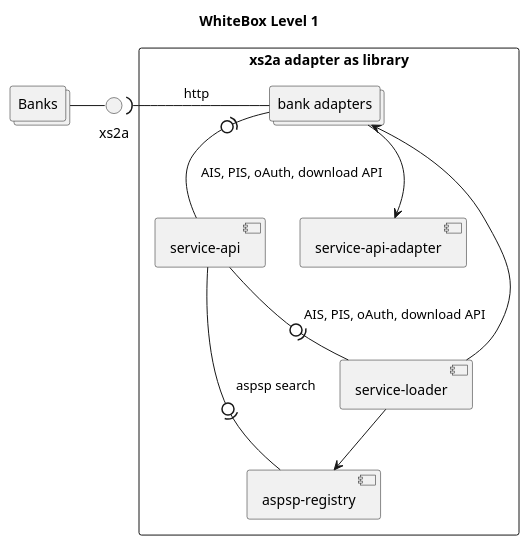
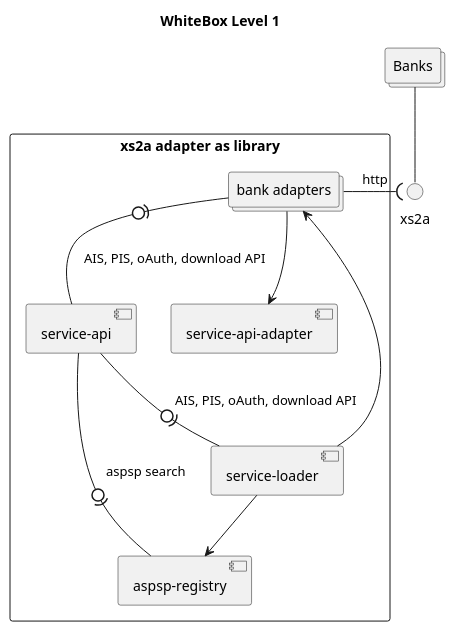
The diagram in docs/arc42/puml/whitebox_lv1_library.puml (adorsys/xs2a-adapter), drawn with PlantUML before and after one commit. The commit also changed 2 other files, not shown here.

Commit message:
update whitebox diagrams. add blackbox descriptions

```diff
--- a/docs/arc42/puml/whitebox_lv1_library.puml
+++ b/docs/arc42/puml/whitebox_lv1_library.puml
@@ -1,28 +1,28 @@
 @startuml
 
 title WhiteBox Level 1
 
 collections banks as "Banks"
 
 interface "xs2a" as bhttp
 
 rectangle xa as "xs2a adapter as library" {
 	component ar as "aspsp-registry"
 	component sa as "service-api"
 	component saa as "service-api-adapter"
 	component sl as "service-loader"
 
 	collections ba as "bank adapters"
 }
 
 	sl --> ar
 	sl --> ba
 	sa -0)- sl: AIS, PIS, oAuth, download API
 	ba --> saa
 	ba -(0- sa: AIS, PIS, oAuth, download API
 	ar -(0-sa: aspsp search
 
-	banks -() bhttp
 	ba -( bhttp: http
+	banks --() bhttp
 
 @enduml
```
